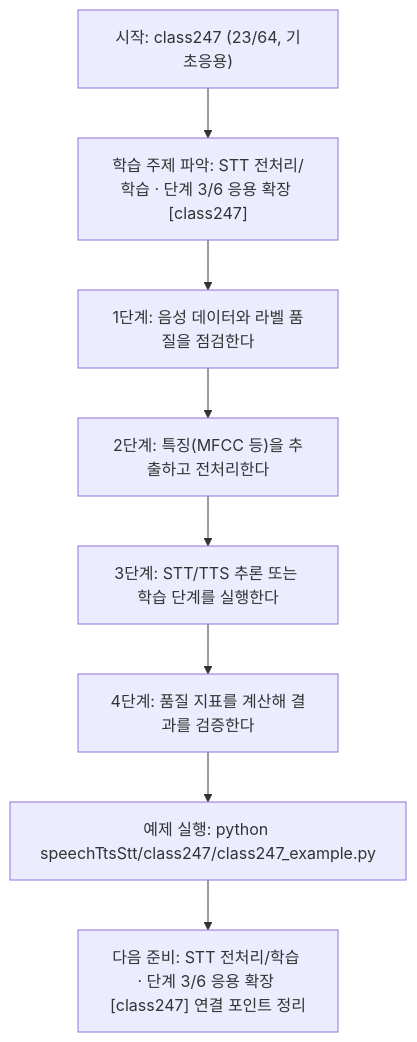
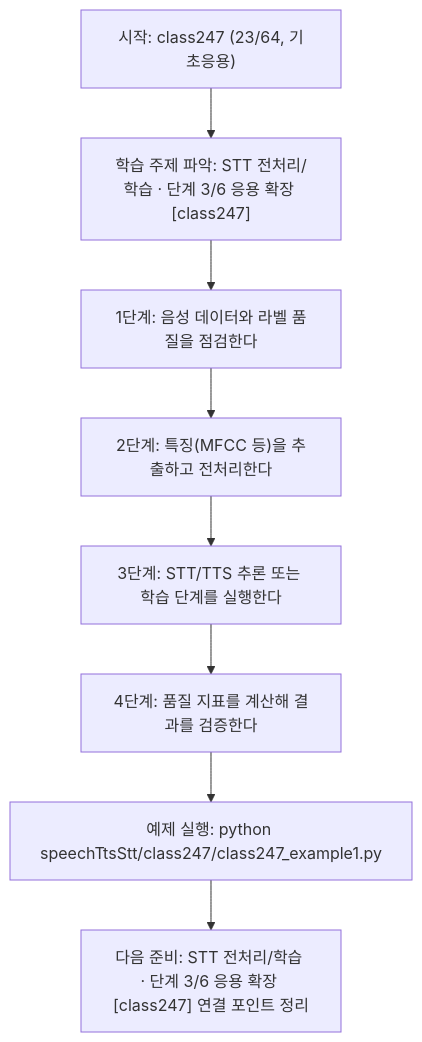
The diagram in speechTtsStt/class247/class247.md (edumgt/Python-AI_Agent-Class), drawn with Mermaid before and after one commit. The commit also changed other lines of this file and 2959 other files, not shown here.

````diff
--- a/speechTtsStt/class247/class247.md
+++ b/speechTtsStt/class247/class247.md
@@ -114,18 +114,18 @@
 ```mermaid
 flowchart TD
 N1["시작: class247 (23/64, 기초응용)"]
 N2["학습 주제 파악: STT 전처리/학습 · 단계 3/6 응용 확장 [class247]"]
 N3["1단계: 음성 데이터와 라벨 품질을 점검한다"]
 N4["2단계: 특징(MFCC 등)을 추출하고 전처리한다"]
 N5["3단계: STT/TTS 추론 또는 학습 단계를 실행한다"]
 N6["4단계: 품질 지표를 계산해 결과를 검증한다"]
-N7["예제 실행: python speechTtsStt/class247/class247_example.py"]
+N7["예제 실행: python speechTtsStt/class247/class247_example1.py"]
 N8["다음 준비: STT 전처리/학습 · 단계 3/6 응용 확장 [class247] 연결 포인트 정리"]
 N1 --> N2
 N2 --> N3
 N3 --> N4
 N4 --> N5
 N5 --> N6
 N6 --> N7
 N7 --> N8
 ```
````
